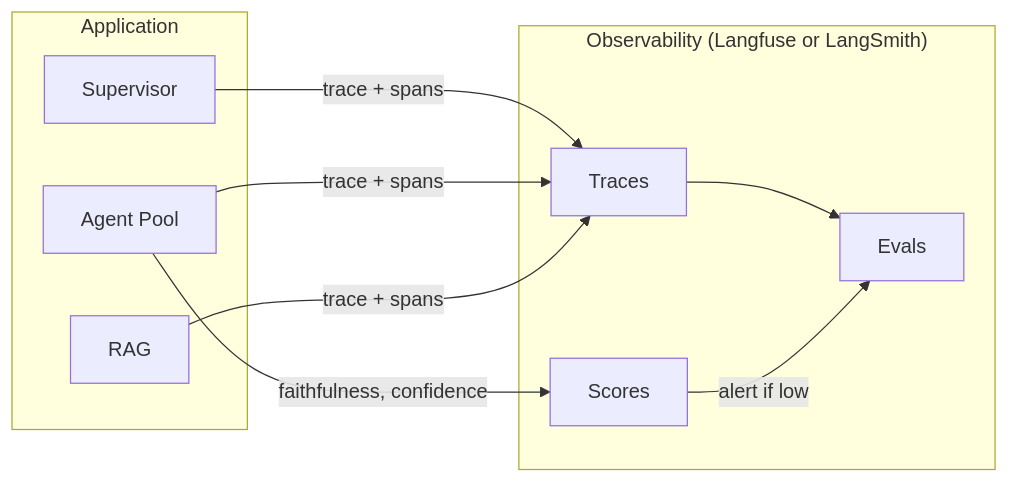
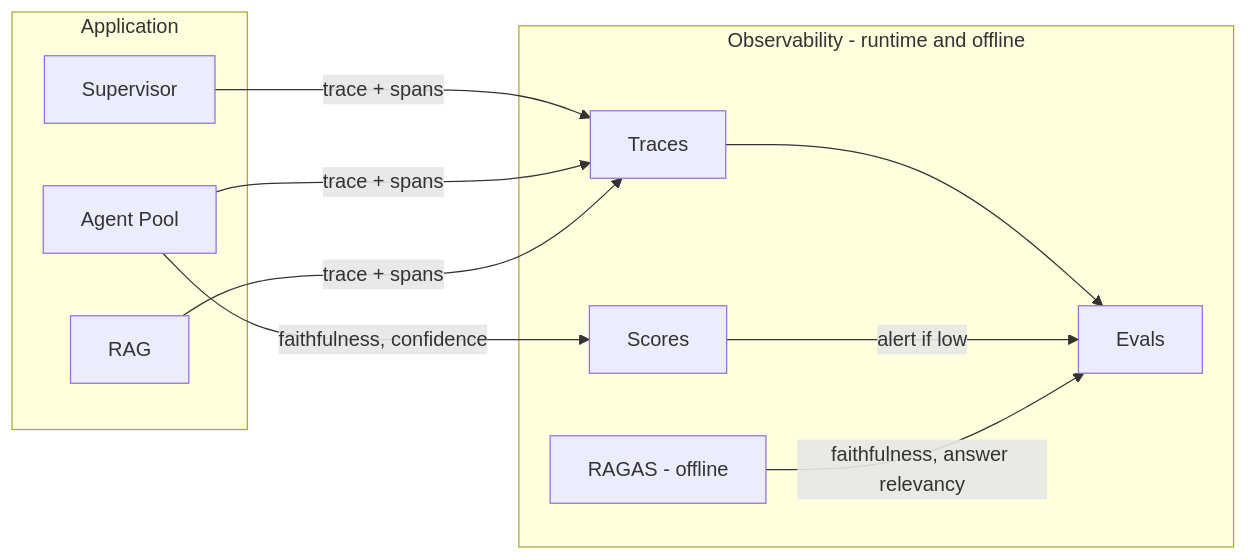
Diagram 15 of 16 in Documentation/ARCHITECTURE_DESIGN.md (deepyad/Agentic_Production_Env), drawn with Mermaid before and after one commit. The commit also changed other lines of this file and 5 other files, not shown here.

````diff
--- a/Documentation/ARCHITECTURE_DESIGN.md
+++ b/Documentation/ARCHITECTURE_DESIGN.md
@@ -921,21 +922,23 @@
 ```mermaid
 flowchart LR
     subgraph App["Application"]
         SUP[Supervisor]
         AGT[Agent Pool]
         RAG[RAG]
     end
 
-    subgraph Observability["Observability (Langfuse or LangSmith)"]
+    subgraph Observability["Observability - runtime and offline"]
         TR[Traces]
         SC[Scores]
+        RAGAS[RAGAS - offline]
         EV[Evals]
     end
 
     SUP -->|trace + spans| TR
     AGT -->|trace + spans| TR
     RAG -->|trace + spans| TR
     AGT -->|faithfulness, confidence| SC
     TR --> EV
     SC -->|alert if low| EV
+    RAGAS -->|faithfulness, answer relevancy| EV
 ```
````
